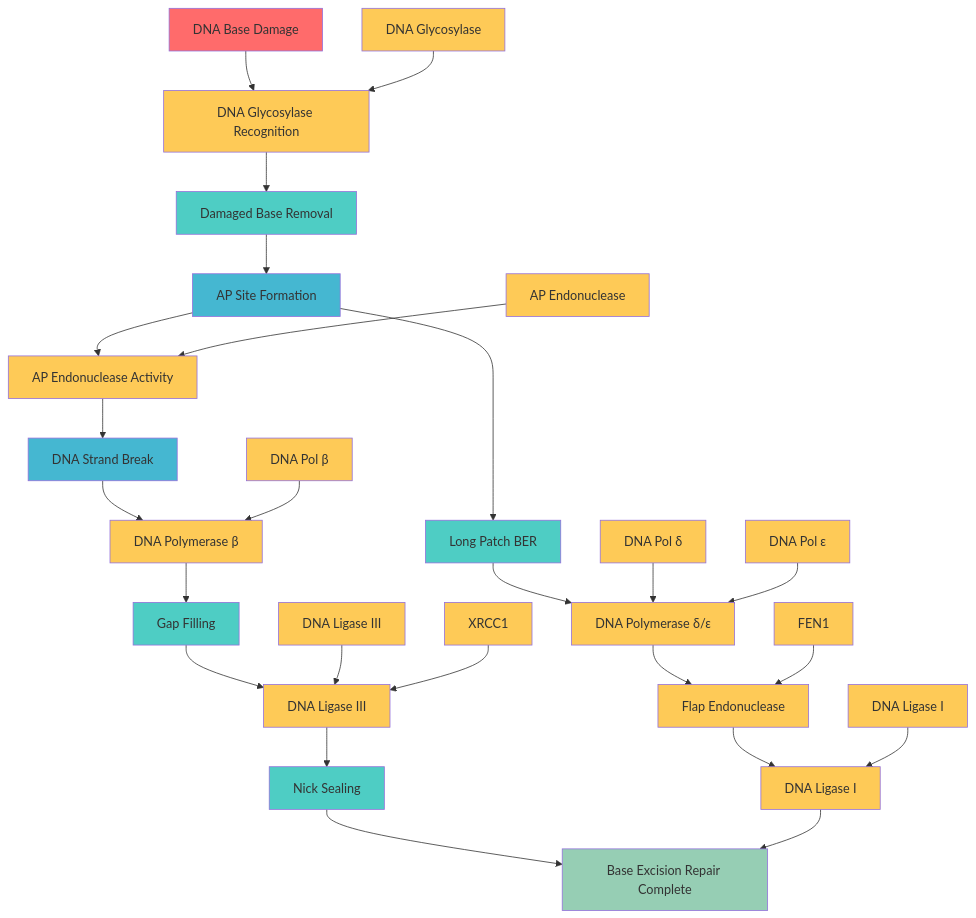
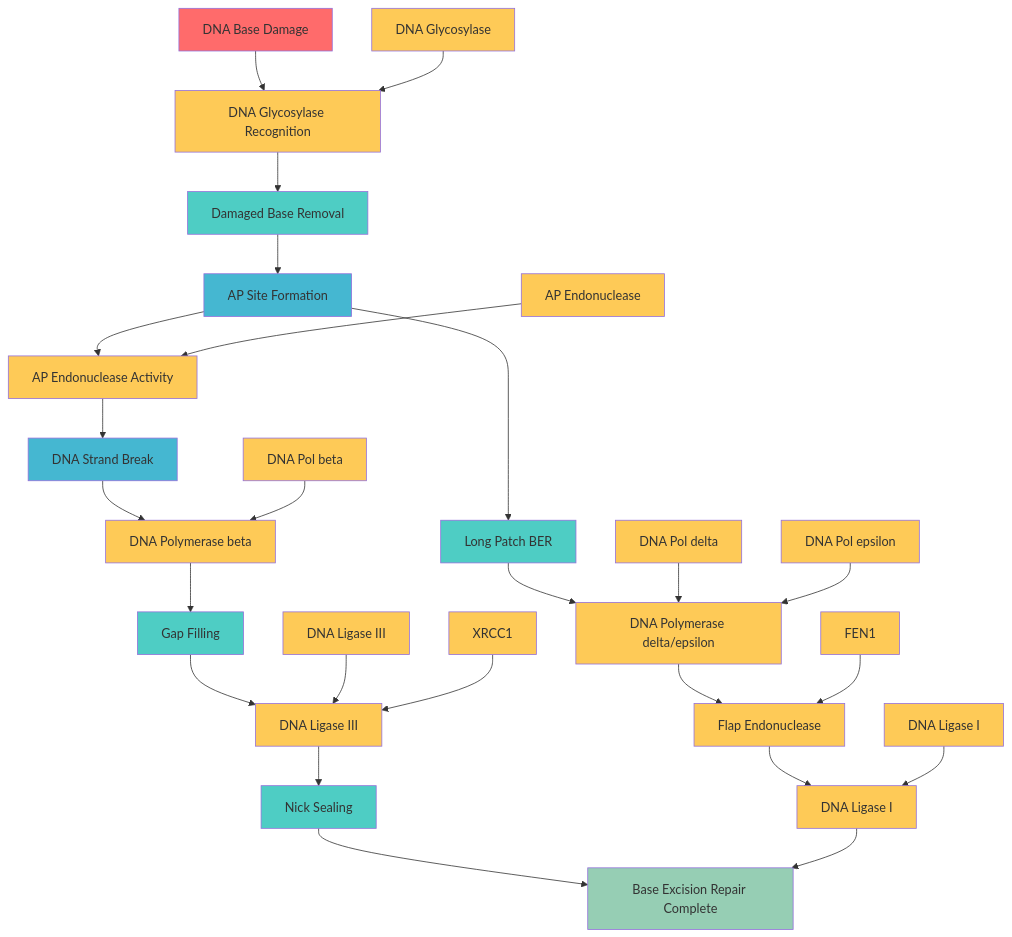
Before and after one commit to garywelz/glmp: the diagram in docs/paper/community/contributions/new_charts/batch1_04_base_excision_repair.mmd, drawn with Mermaid. The commit also changed 30 other files, not shown here.

Commit message:
Update greek letters and prime notation in multiple diagrams

```diff
--- a/docs/paper/community/contributions/new_charts/batch1_04_base_excision_repair.mmd
+++ b/docs/paper/community/contributions/new_charts/batch1_04_base_excision_repair.mmd
@@ -1,55 +1,55 @@
 graph TD
     A[DNA Base Damage] --> B[DNA Glycosylase Recognition]
     B --> C[Damaged Base Removal]
     C --> D[AP Site Formation]
     D --> E[AP Endonuclease Activity]
     E --> F[DNA Strand Break]
-    F --> G[DNA Polymerase β]
+    F --> G[DNA Polymerase beta]
     G --> H[Gap Filling]
     H --> I[DNA Ligase III]
     I --> J[Nick Sealing]
     J --> K[Base Excision Repair Complete]
     
     %% Alternative pathways
     D --> L[Long Patch BER]
-    L --> M[DNA Polymerase δ/ε]
+    L --> M[DNA Polymerase delta/epsilon]
     M --> N[Flap Endonuclease]
     N --> O[DNA Ligase I]
     O --> K
     
     %% Key proteins
     P[DNA Glycosylase] --> B
     Q[AP Endonuclease] --> E
-    R[DNA Pol β] --> G
+    R[DNA Pol beta] --> G
     S[DNA Ligase III] --> I
-    T[DNA Pol δ] --> M
-    U[DNA Pol ε] --> M
+    T[DNA Pol delta] --> M
+    U[DNA Pol epsilon] --> M
     V[FEN1] --> N
     W[DNA Ligase I] --> O
     X[XRCC1] --> I
     
     %% Styling
     style A fill:#ff6b6b
     style B fill:#feca57
     style C fill:#4ecdc4
     style D fill:#45b7d1
     style E fill:#feca57
     style F fill:#45b7d1
     style G fill:#feca57
     style H fill:#4ecdc4
     style I fill:#feca57
     style J fill:#4ecdc4
     style K fill:#96ceb4
     style L fill:#4ecdc4
     style M fill:#feca57
     style N fill:#feca57
     style O fill:#feca57
     style P fill:#feca57
     style Q fill:#feca57
     style R fill:#feca57
     style S fill:#feca57
     style T fill:#feca57
     style U fill:#feca57
     style V fill:#feca57
     style W fill:#feca57
     style X fill:#feca57
```
